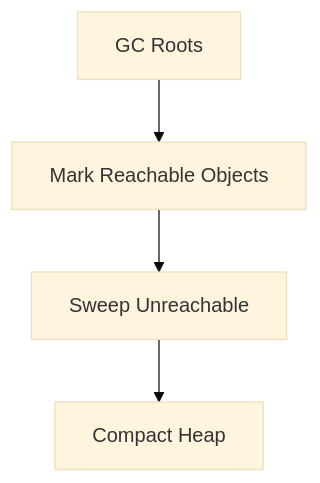
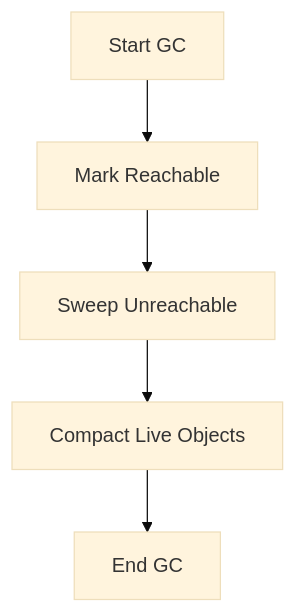
The first of 2 diagrams in garbage-collection-algorithms/README.md (VrushankPatel/interview-matters), drawn with Mermaid (base theme) before and after one commit. The commit also changed other lines of this file and 5 other files, not shown here.

````diff
--- a/garbage-collection-algorithms/README.md
+++ b/garbage-collection-algorithms/README.md
@@ -40,6 +30,7 @@
 ```mermaid
 graph TD
-    A[GC Roots] --> B[Mark Reachable Objects]
+    A[Start GC] --> B[Mark Reachable]
     B --> C[Sweep Unreachable]
-    C --> D[Compact Heap]
+    C --> D[Compact Live Objects]
+    D --> E[End GC]
 ```
````
